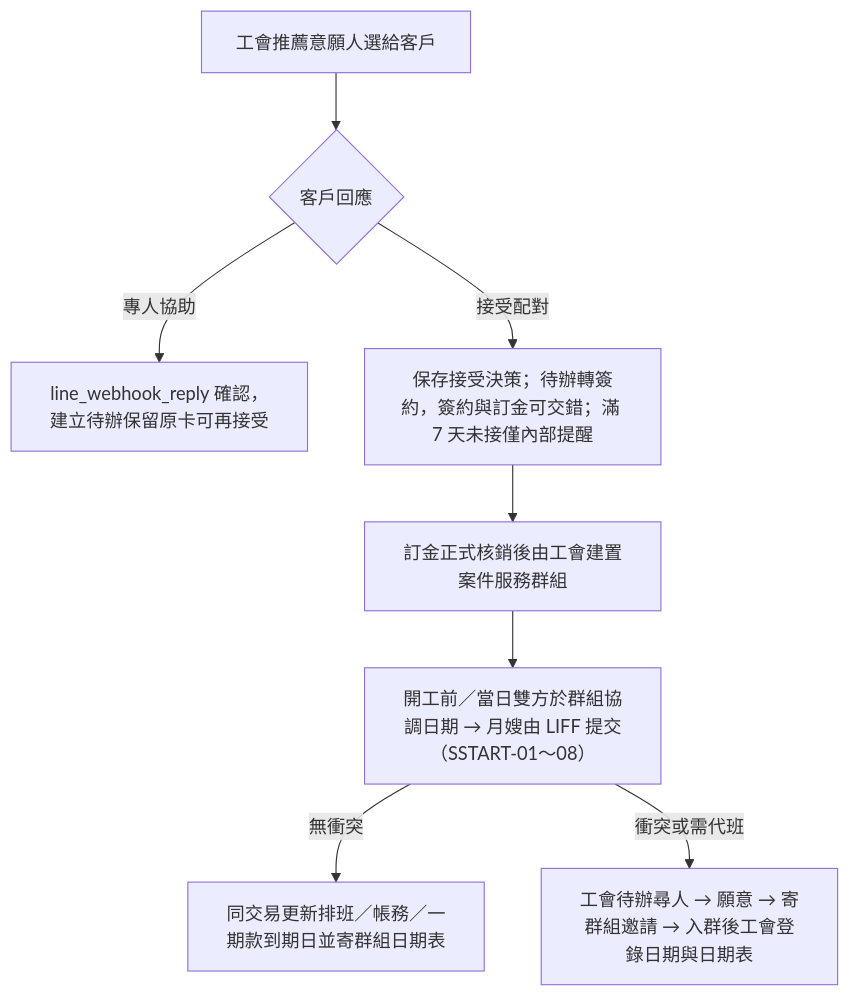
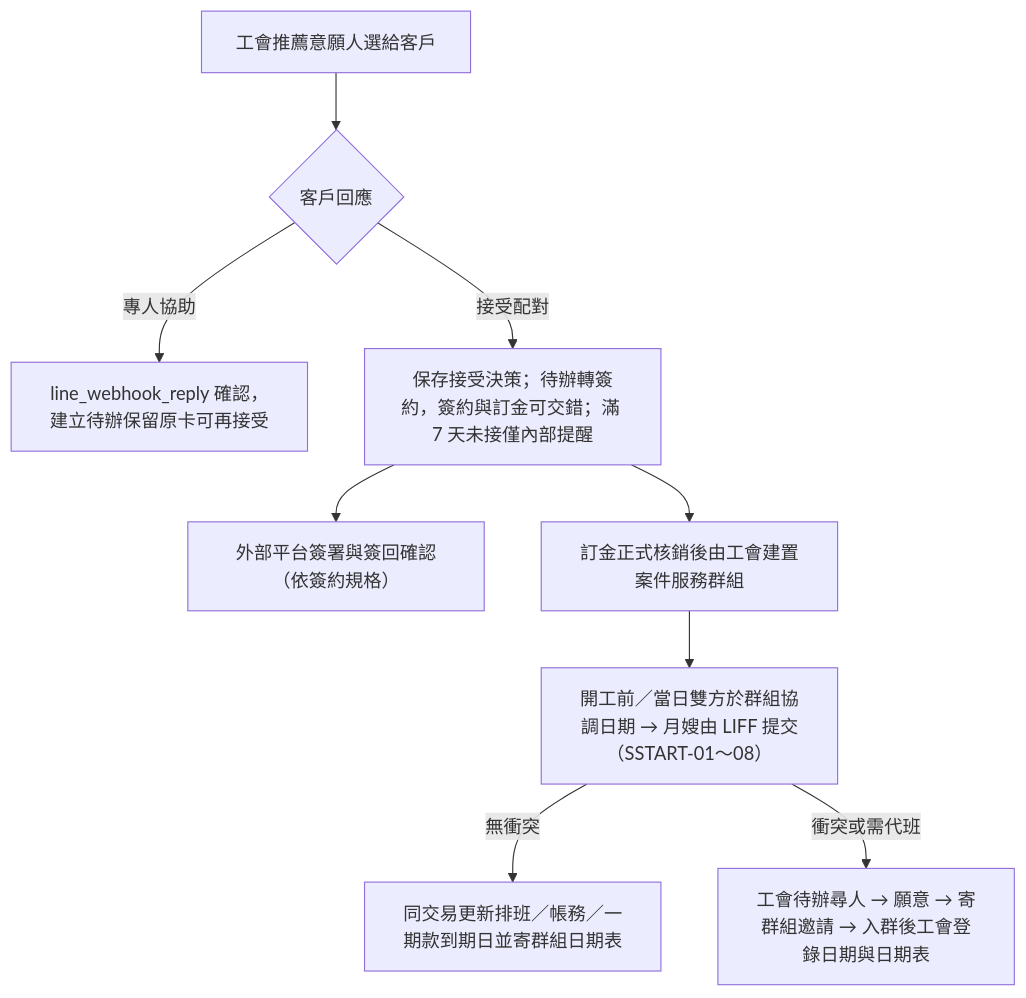
One commit to chrishzc/Labor_union changed the third of 3 diagrams in document/架構重整/01_規格基線/26_LINE四大模組Eraser流程圖轉錄與驗收基線.md. Above: the diagram before and after it, drawn with Mermaid. The commit also changed other lines of this file and 135 other files, not shown here.

````diff
--- a/document/架構重整/01_規格基線/26_LINE四大模組Eraser流程圖轉錄與驗收基線.md
+++ b/document/架構重整/01_規格基線/26_LINE四大模組Eraser流程圖轉錄與驗收基線.md
@@ -113,10 +113,11 @@
 ```mermaid
 flowchart TD
   A["工會推薦意願人選給客戶"] --> B{"客戶回應"}
   B -->|專人協助| C["line_webhook_reply 確認，建立待辦保留原卡可再接受"]
   B -->|接受配對| D["保存接受決策；待辦轉簽約，簽約與訂金可交錯；滿 7 天未接僅內部提醒"]
+  D --> S["外部平台簽署與簽回確認（依簽約規格）"]
   D --> E["訂金正式核銷後由工會建置案件服務群組"]
   E --> F["開工前／當日雙方於群組協調日期 → 月嫂由 LIFF 提交（SSTART-01～08）"]
   F -->|無衝突| G["同交易更新排班／帳務／一期款到期日並寄群組日期表"]
   F -->|衝突或需代班| H["工會待辦尋人 → 願意 → 寄群組邀請 → 入群後工會登錄日期與日期表"]
 ```
````
